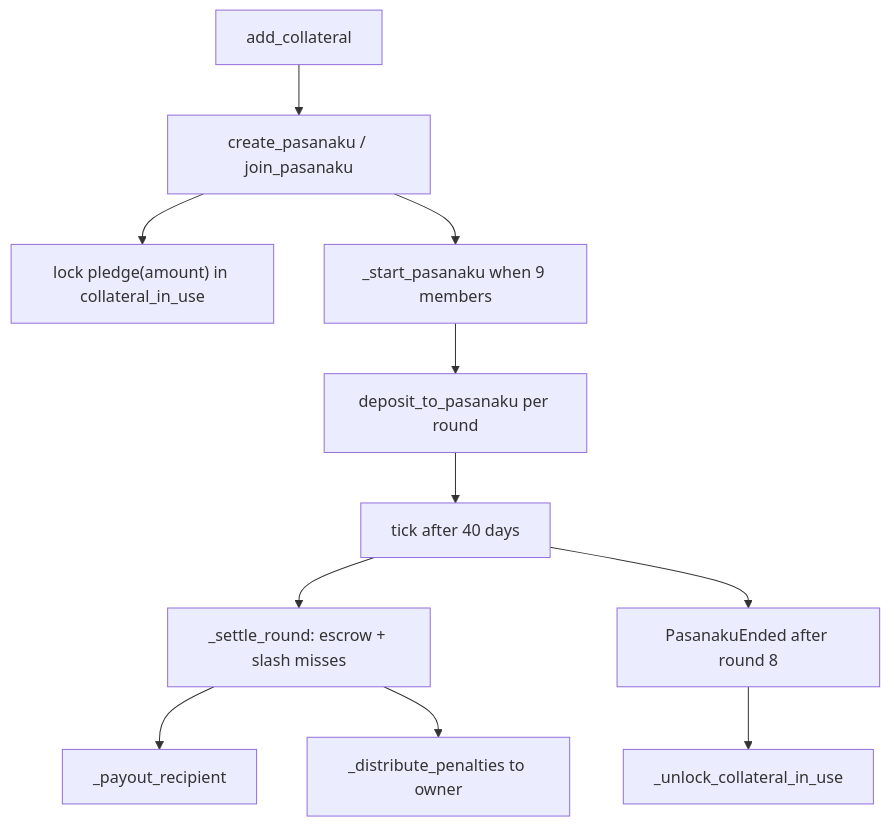
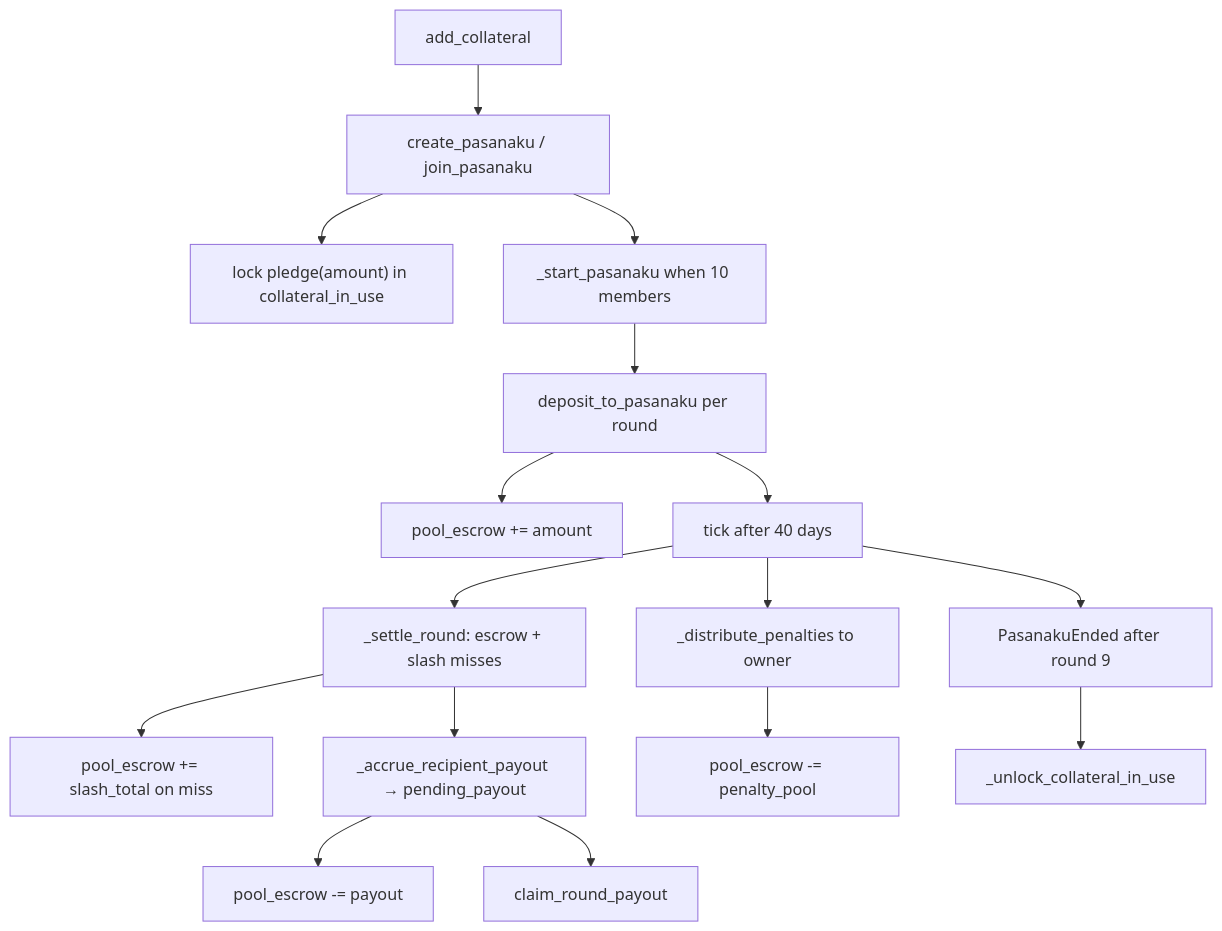
The diagram in docs/protocol-flow.md (PasanakuOnchain/core-v2), drawn with Mermaid before and after one commit. The commit also changed other lines of this file and 2 other files, not shown here.

````diff
--- a/docs/protocol-flow.md
+++ b/docs/protocol-flow.md
@@ -5,13 +5,18 @@
 ```mermaid
 flowchart TD
     addCollateral[add_collateral] --> createJoin[create_pasanaku / join_pasanaku]
     createJoin --> lockPledge["lock pledge(amount) in collateral_in_use"]
-    createJoin --> startPool["_start_pasanaku when 9 members"]
+    createJoin --> startPool["_start_pasanaku when 10 members"]
     startPool --> depositRound[deposit_to_pasanaku per round]
+    depositRound --> poolEscrowCredit["pool_escrow += amount"]
     depositRound --> tick[tick after 40 days]
     tick --> settleRound["_settle_round: escrow + slash misses"]
-    settleRound --> payout["_payout_recipient"]
-    settleRound --> penalties["_distribute_penalties to owner"]
-    tick --> endPool[PasanakuEnded after round 8]
+    settleRound --> poolEscrowSlash["pool_escrow += slash_total on miss"]
+    settleRound --> accrue["_accrue_recipient_payout → pending_payout"]
+    accrue --> poolEscrowDebit["pool_escrow -= payout"]
+    tick --> penalties["_distribute_penalties to owner"]
+    penalties --> poolEscrowPenalty["pool_escrow -= penalty_pool"]
+    accrue --> claim[claim_round_payout]
+    tick --> endPool[PasanakuEnded after round 9]
     endPool --> unlock["_unlock_collateral_in_use"]
 ```
````
